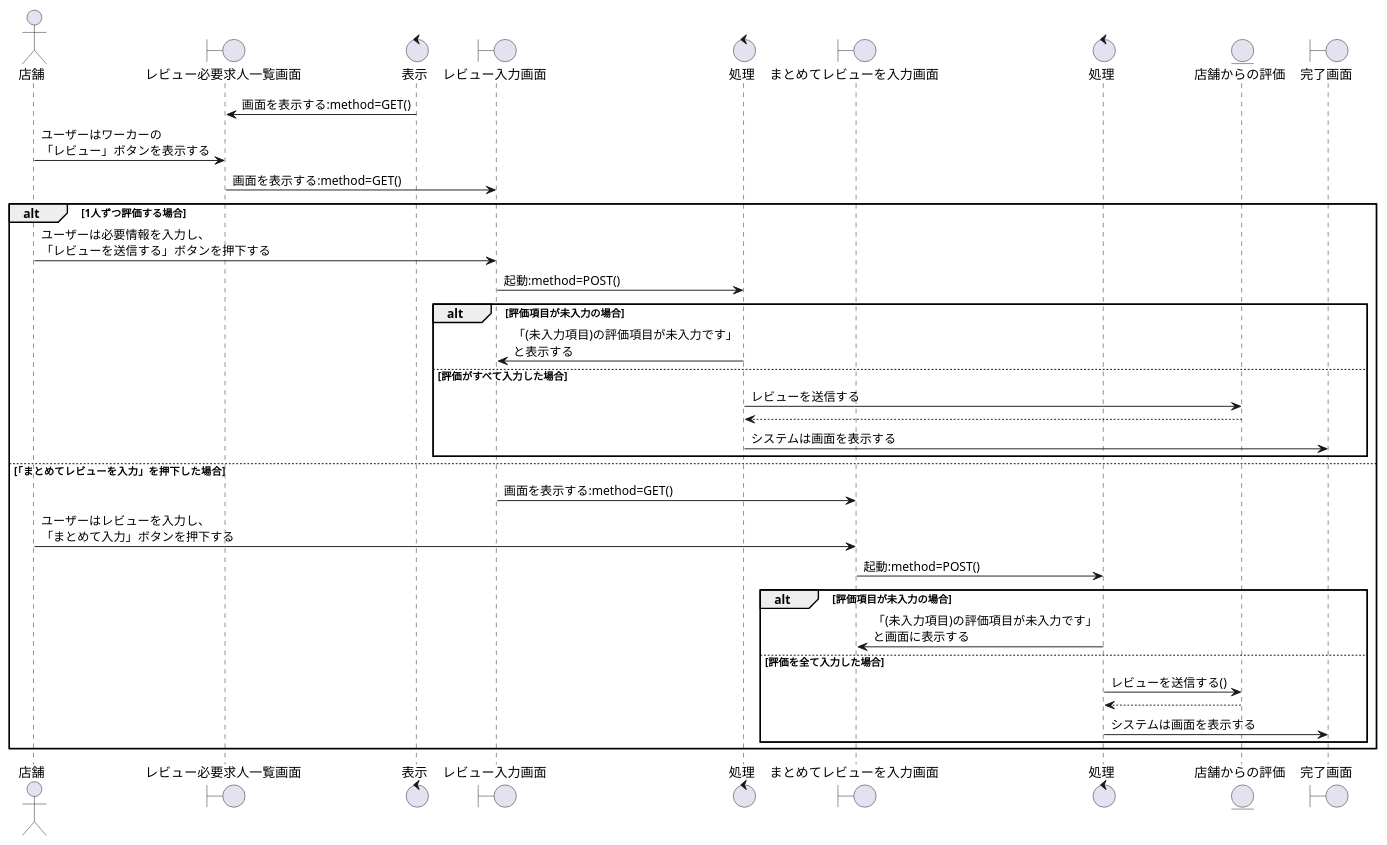
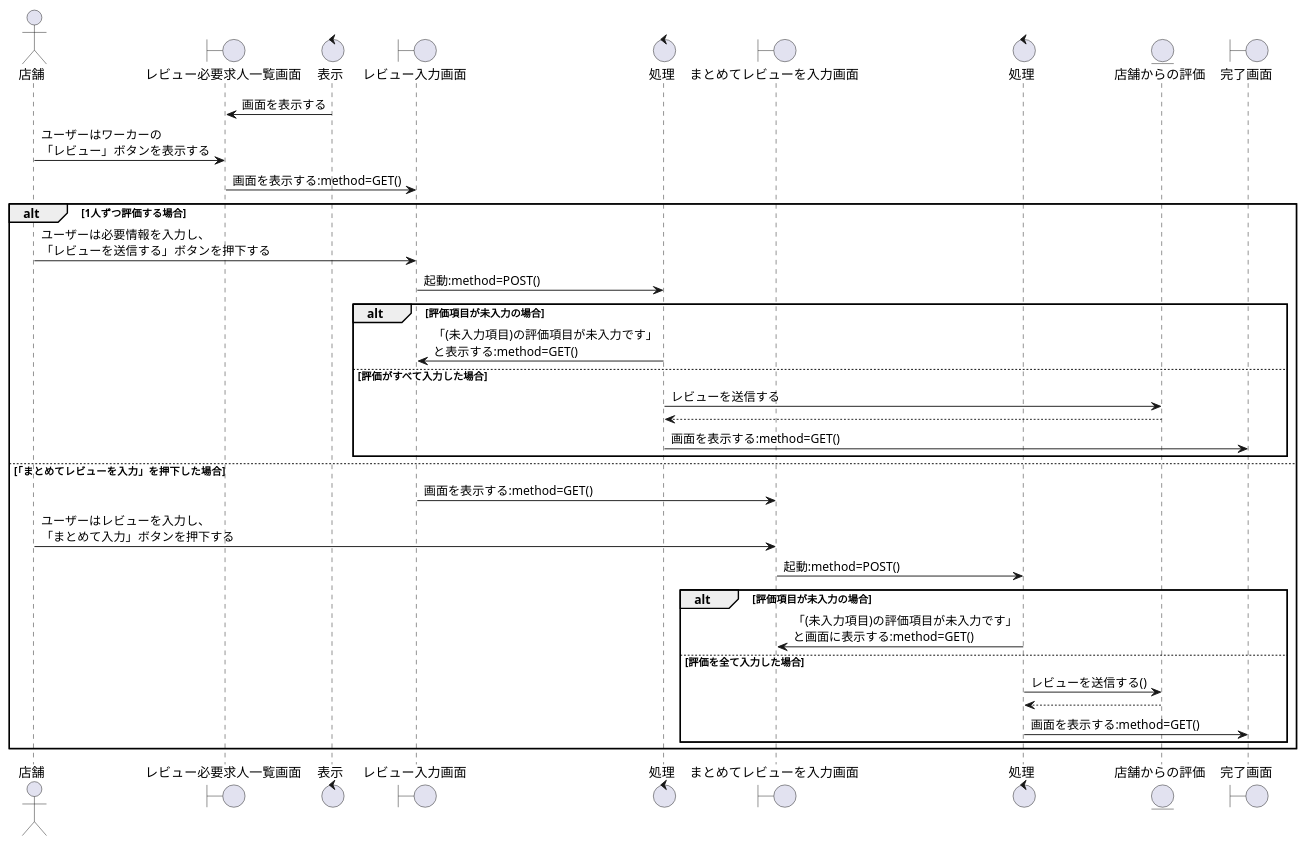
One commit to irukacb256/high_Me changed the diagram in sequence_fig/8_storeside_fn/03_ワーカーを評価する.pu. Above: the diagram before and after it, drawn with PlantUML. The commit also changed 26 other files, not shown here.

```diff
--- a/sequence_fig/8_storeside_fn/03_ワーカーを評価する.pu
+++ b/sequence_fig/8_storeside_fn/03_ワーカーを評価する.pu
@@ -1,47 +1,47 @@
 @startuml ワーカーを評価する
 
 actor 店舗 as cp1
 boundary レビュー必要求人一覧画面 as b1
 control 表示 as co1
 boundary レビュー入力画面 as b2
 control 処理 as co2 
 boundary まとめてレビューを入力画面 as b3
 control 処理 as co3
 entity 店舗からの評価 as en1
 boundary 完了画面 as b4
 
-b1 <- co1 : 画面を表示する:method=GET()
+b1 <- co1 : 画面を表示する
 cp1 -> b1 : ユーザーはワーカーの\n「レビュー」ボタンを表示する
 b1 -> b2 :画面を表示する:method=GET()
 
 alt 1人ずつ評価する場合
     cp1 -> b2 : ユーザーは必要情報を入力し、\n「レビューを送信する」ボタンを押下する
     b2 -> co2 : 起動:method=POST()
     
     alt 評価項目が未入力の場合
-        co2 -> b2 : 「(未入力項目)の評価項目が未入力です」\nと表示する
+        co2 -> b2 : 「(未入力項目)の評価項目が未入力です」\nと表示する:method=GET()
 
     else 評価がすべて入力した場合
         co2 -> en1 : レビューを送信する
         co2 <-- en1
-        co2 -> b4 : システムは画面を表示する
+        co2 -> b4 : 画面を表示する:method=GET()
     
     end
 
 else 「まとめてレビューを入力」を押下した場合
     b2 -> b3 : 画面を表示する:method=GET()
     cp1 -> b3 : ユーザーはレビューを入力し、\n「まとめて入力」ボタンを押下する
     b3 -> co3 : 起動:method=POST()
 
     alt 評価項目が未入力の場合
-            b3 <- co3 :「(未入力項目)の評価項目が未入力です」\nと画面に表示する
+            b3 <- co3 :「(未入力項目)の評価項目が未入力です」\nと画面に表示する:method=GET()
 
     else 評価を全て入力した場合
             co3 -> en1 : レビューを送信する()
             co3 <-- en1
 
-            co3 -> b4 : システムは画面を表示する
+            co3 -> b4 : 画面を表示する:method=GET()
     end
 end
 
 @enduml
```
